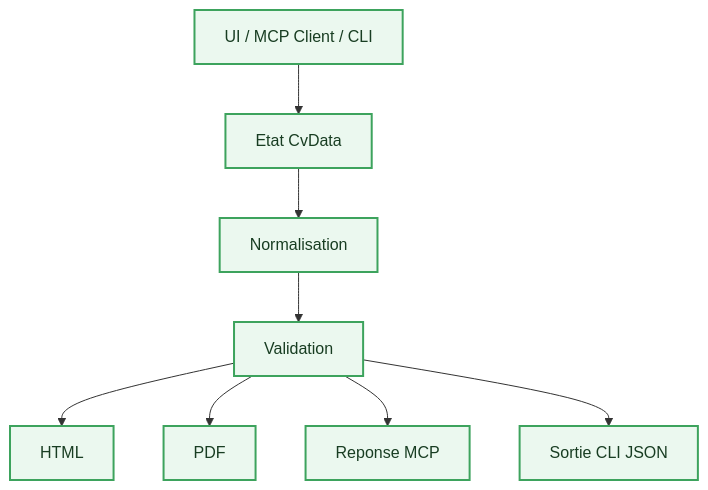
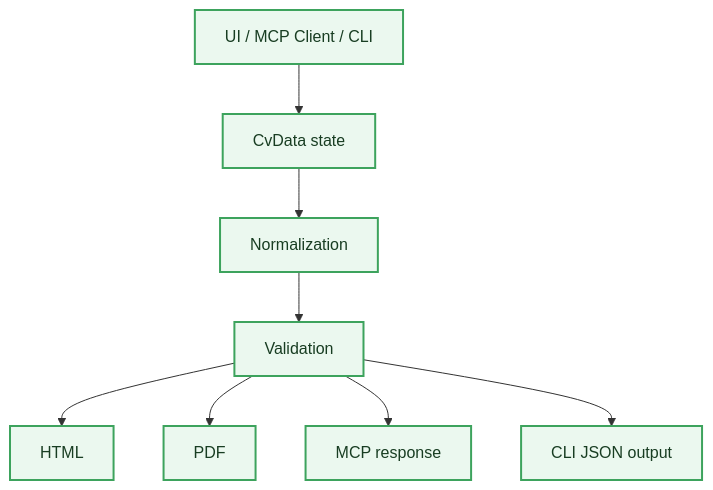
One commit to ClementV78/cv-generator-mcp changed the eighth of 8 diagrams in APPLICATION_ARCHITECTURE_CV_GENERATOR.md. Above: the diagram before and after it, drawn with Mermaid. The commit also changed other lines of this file and 13 other files, not shown here.

````diff
--- a/APPLICATION_ARCHITECTURE_CV_GENERATOR.md
+++ b/APPLICATION_ARCHITECTURE_CV_GENERATOR.md
@@ -855,13 +956,13 @@
 ```mermaid
 flowchart TD
-    A[UI / MCP Client / CLI] --> B[Etat CvData]
-    B --> C[Normalisation]
+    A[UI / MCP Client / CLI] --> B[CvData state]
+    B --> C[Normalization]
     C --> D[Validation]
     D --> E[HTML]
     D --> F[PDF]
-    D --> G[Reponse MCP]
-    D --> H[Sortie CLI JSON]
+    D --> G[MCP response]
+    D --> H[CLI JSON output]
 
     classDef lifecycle fill:#EBF8EF,stroke:#3DA35D,color:#183D22,stroke-width:2px;
     class A,B,C,D,E,F,G,H lifecycle;
 ```
````
